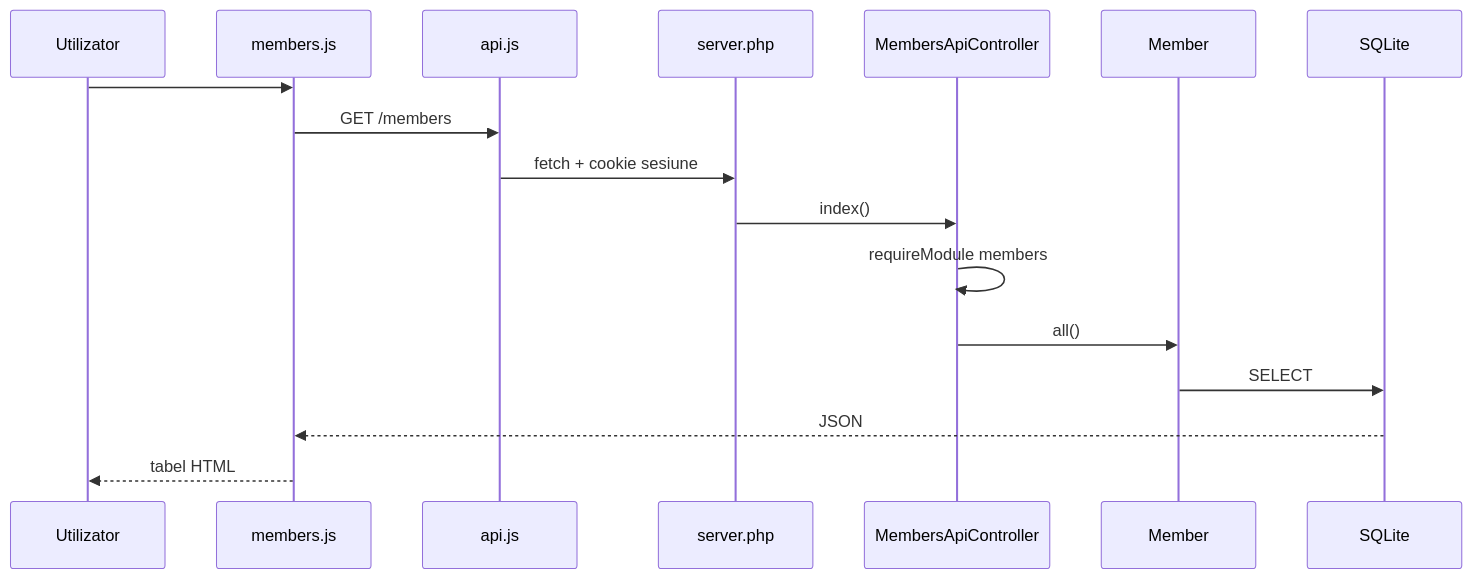
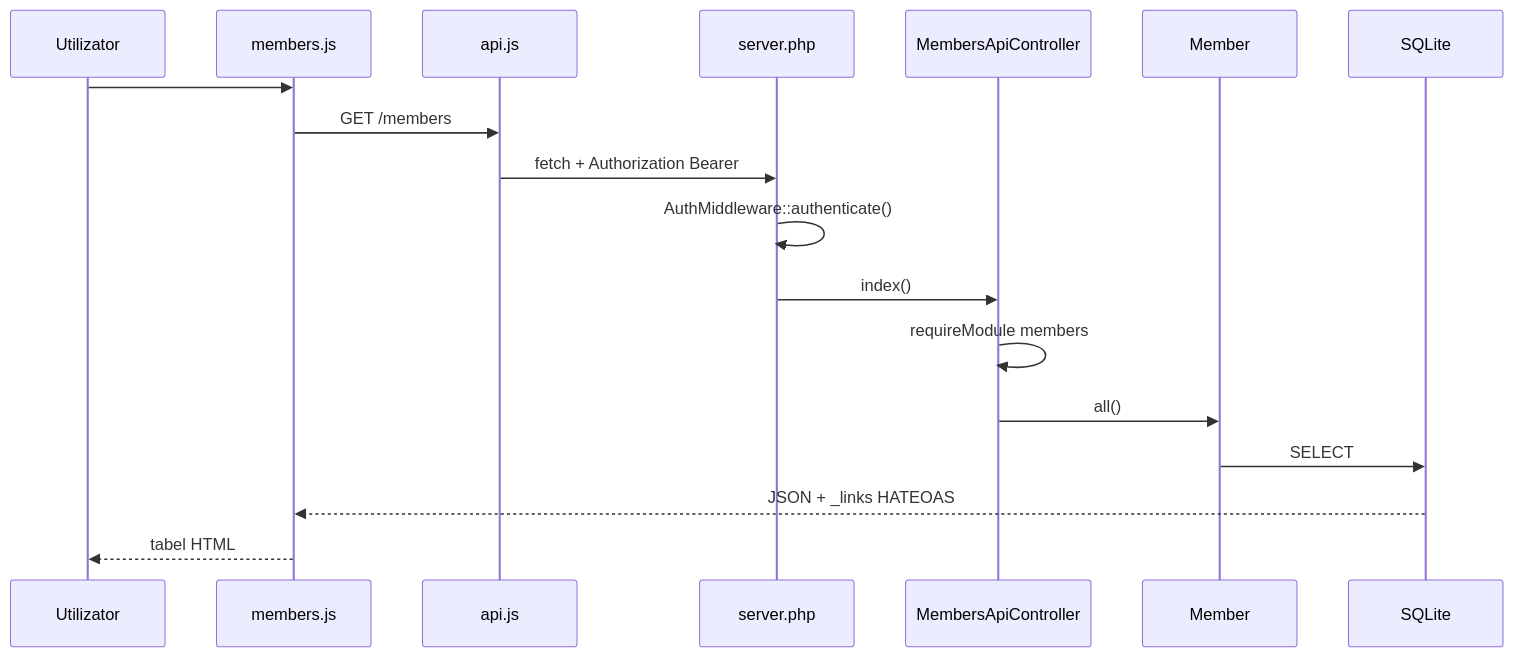
One commit to ricardofilipebondor/web-technologies-2026 changed the fifth of 12 diagrams in docs/ARCHITECTURE.md. Above: the diagram before and after it, drawn with Mermaid. The commit also changed other lines of this file and 46 other files, not shown here.

````diff
--- a/docs/ARCHITECTURE.md
+++ b/docs/ARCHITECTURE.md
@@ -94,20 +99,21 @@
 ```mermaid
 sequenceDiagram
     participant U as Utilizator
     participant P as members.js
     participant A as api.js
     participant S as server.php
     participant C as MembersApiController
     participant M as Member
     participant DB as SQLite
 
     U->>P: #/members
     P->>A: GET /members
-    A->>S: fetch + cookie sesiune
+    A->>S: fetch + Authorization Bearer
+    S->>S: AuthMiddleware::authenticate()
     S->>C: index()
     C->>C: requireModule members
     C->>M: all()
     M->>DB: SELECT
-    DB-->>P: JSON
+    DB-->>P: JSON + _links HATEOAS
     P-->>U: tabel HTML
 ```
````
